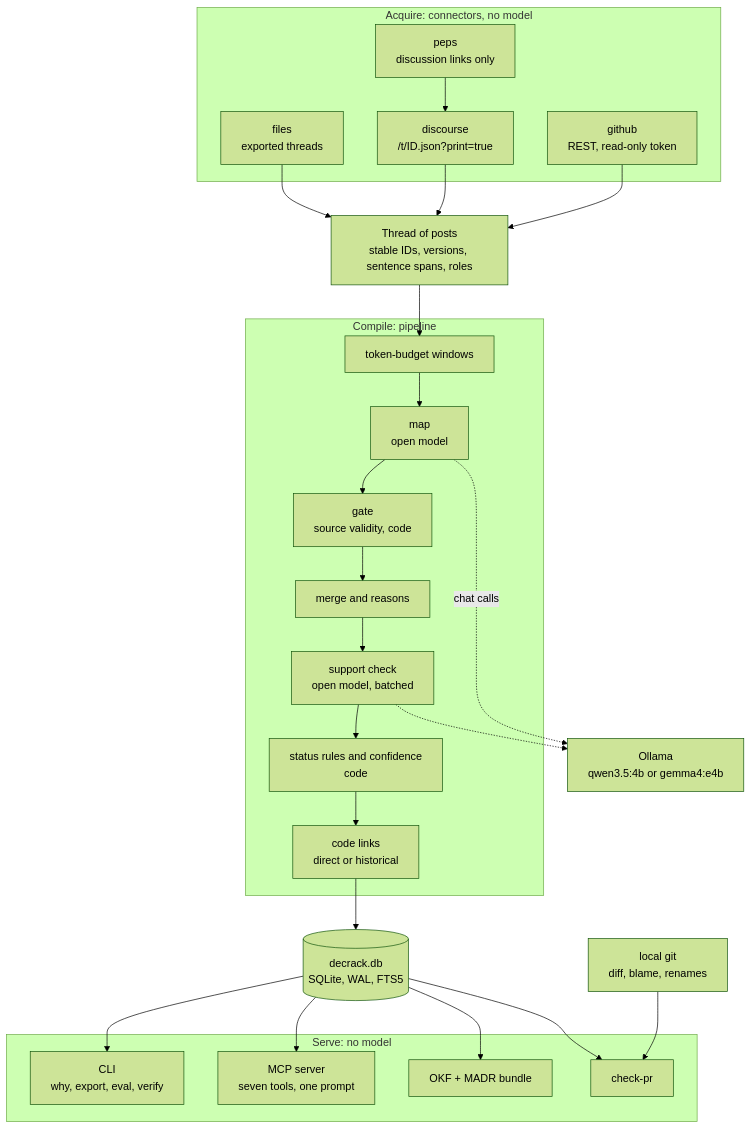
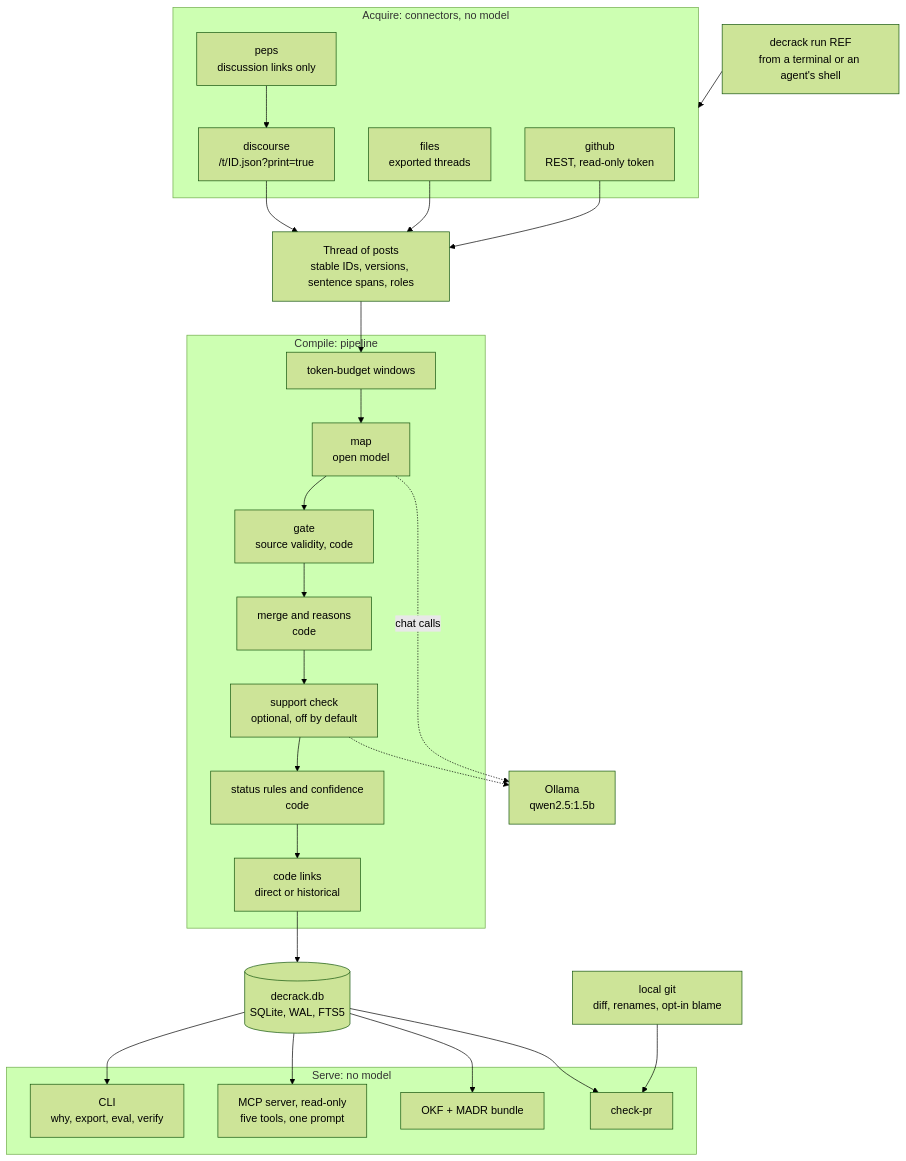
The second of 8 diagrams in docs/ARCHITECTURE.md (Madhav-GPT/DecRack), drawn with Mermaid (forest theme) before and after one commit. The commit also changed other lines of this file and 6 other files, not shown here.

````diff
--- a/docs/ARCHITECTURE.md
+++ b/docs/ARCHITECTURE.md
@@ -129,31 +129,32 @@
 ```mermaid
 flowchart TD
     subgraph ACQ["Acquire: connectors, no model"]
         F["files<br/>exported threads"]
         DPO["discourse<br/>/t/ID.json?print=true"]
         GH["github<br/>REST, read-only token"]
         PEP["peps<br/>discussion links only"]
     end
     PEP --> DPO
     F & DPO & GH --> TH["Thread of posts<br/>stable IDs, versions, sentence spans, roles"]
     subgraph CMP["Compile: pipeline"]
         W["token-budget windows"] --> MAP["map<br/>open model"]
         MAP --> GATE["gate<br/>source validity, code"]
-        GATE --> CON["merge and reasons"]
-        CON --> SUP["support check<br/>open model, batched"]
+        GATE --> CON["merge and reasons<br/>code"]
+        CON --> SUP["support check<br/>optional, off by default"]
         SUP --> ST["status rules and confidence<br/>code"]
         ST --> LNK["code links<br/>direct or historical"]
     end
     TH --> W
-    MAP -.->|"chat calls"| OL["Ollama<br/>qwen3.5:4b or gemma4:e4b"]
+    MAP -.->|"chat calls"| OL["Ollama<br/>qwen2.5:1.5b"]
     SUP -.-> OL
     LNK --> DB[("decrack.db<br/>SQLite, WAL, FTS5")]
     subgraph SRV["Serve: no model"]
         CLI["CLI<br/>why, export, eval, verify"]
-        MCP["MCP server<br/>seven tools, one prompt"]
+        MCP["MCP server, read-only<br/>five tools, one prompt"]
         OKF["OKF + MADR bundle"]
         PRC["check-pr"]
     end
     DB --> CLI & MCP & OKF & PRC
-    GIT["local git<br/>diff, blame, renames"] --> PRC
+    GIT["local git<br/>diff, renames, opt-in blame"] --> PRC
+    RUN["decrack run REF<br/>from a terminal or an agent's shell"] --> ACQ
 ```
````
